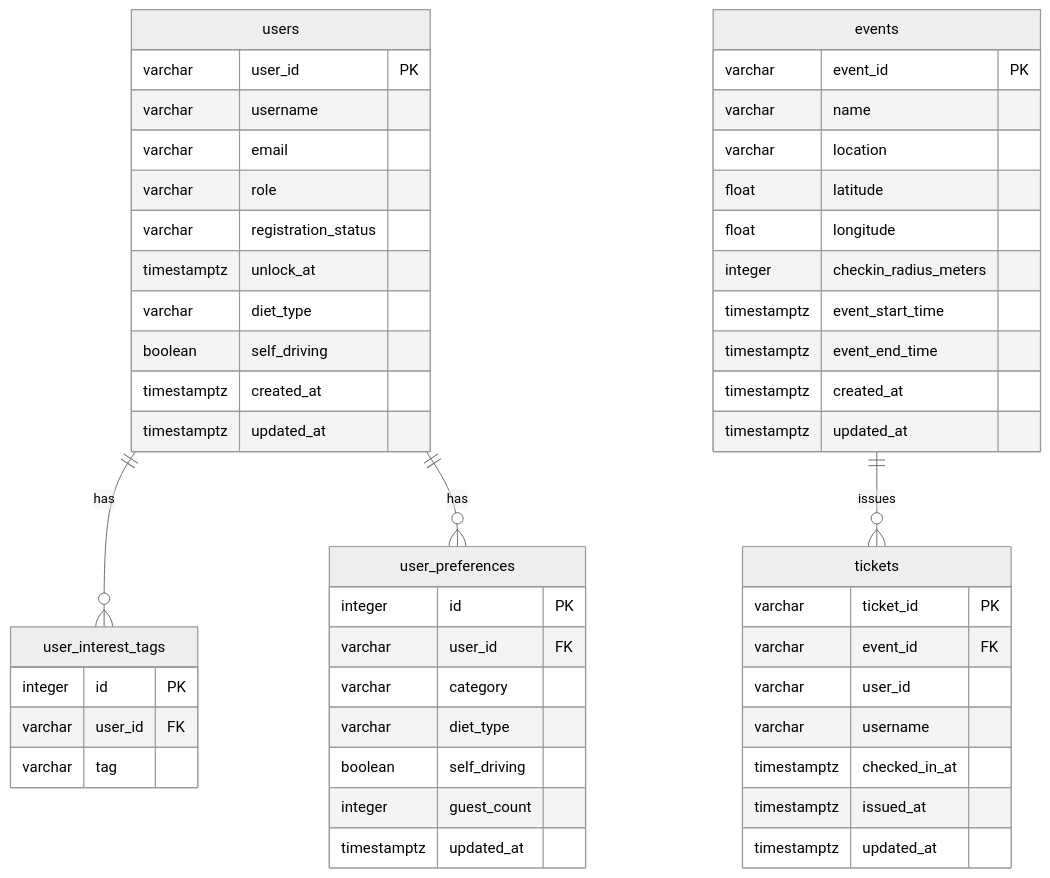
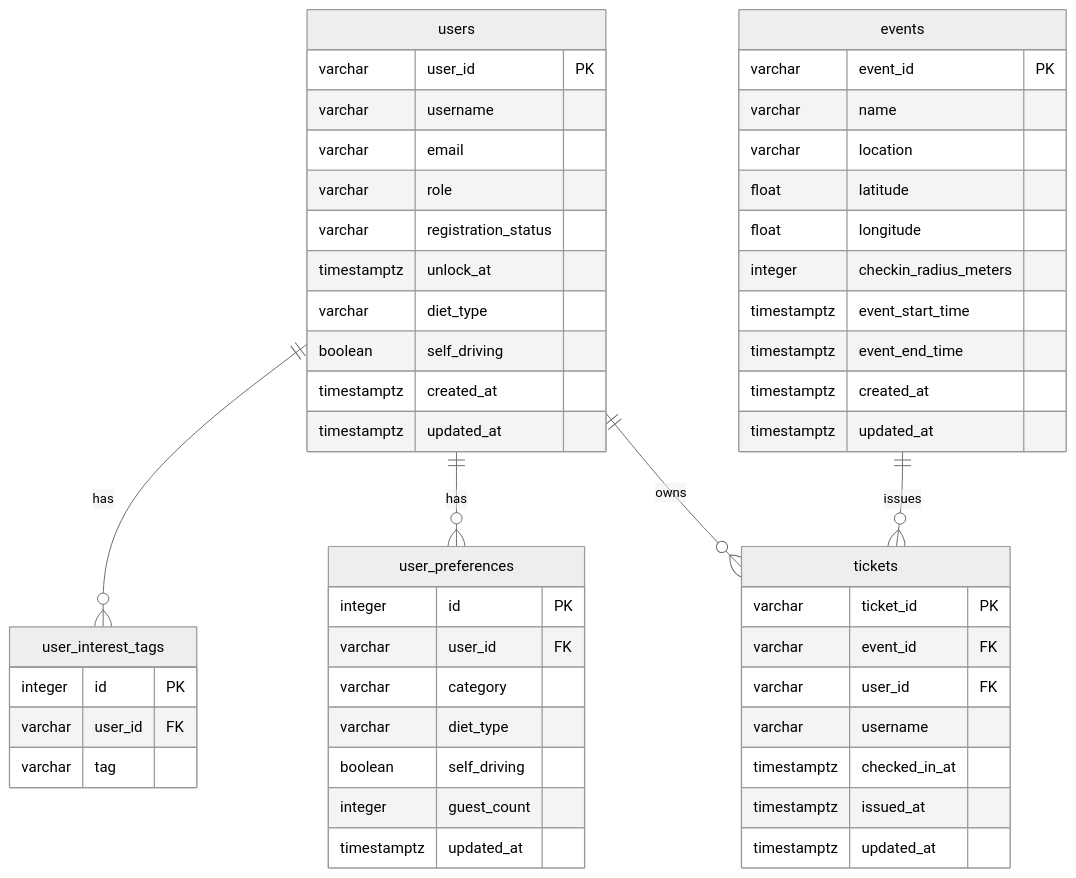
Before and after one commit to linshoufan/event-ticketing-system-api: the diagram in docs/db-schema.md, drawn with Mermaid (neutral theme). The commit also changed other lines of this file and 2 other files, not shown here.

Commit message:
docs: document global schema and add ticket user foreign key

````diff
--- a/docs/db-schema.md
+++ b/docs/db-schema.md
@@ -28,58 +28,59 @@
 ```mermaid
 erDiagram
   users ||--o{ user_interest_tags : has
   users ||--o{ user_preferences : has
+  users ||--o{ tickets : owns
   events ||--o{ tickets : issues
 
   users {
     varchar user_id PK
     varchar username
     varchar email
     varchar role
     varchar registration_status
     timestamptz unlock_at
     varchar diet_type
     boolean self_driving
     timestamptz created_at
     timestamptz updated_at
   }
 
   user_interest_tags {
     integer id PK
     varchar user_id FK
     varchar tag
   }
 
   user_preferences {
     integer id PK
     varchar user_id FK
     varchar category
     varchar diet_type
     boolean self_driving
     integer guest_count
     timestamptz updated_at
   }
 
   events {
     varchar event_id PK
     varchar name
     varchar location
     float latitude
     float longitude
     integer checkin_radius_meters
     timestamptz event_start_time
     timestamptz event_end_time
     timestamptz created_at
     timestamptz updated_at
   }
 
   tickets {
     varchar ticket_id PK
     varchar event_id FK
-    varchar user_id
+    varchar user_id FK
     varchar username
     timestamptz checked_in_at
     timestamptz issued_at
     timestamptz updated_at
   }
 ```
````
